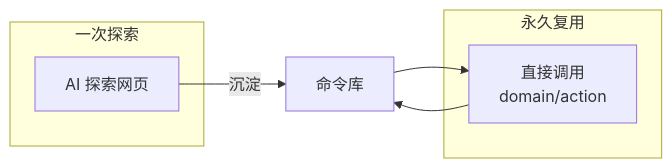
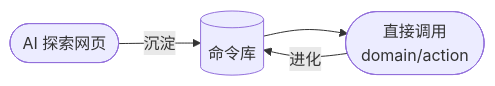
One commit to bqw1013/WebSculpt changed the diagram in README.md. Above: the diagram before and after it, drawn with Mermaid. The commit also changed 1 other file, not shown here.

Commit message:
docs: simplify mermaid flowchart in README

````diff
--- a/README.md
+++ b/README.md
@@ -17,12 +17,6 @@
 ```mermaid
 flowchart LR
-    subgraph Explore["一次探索"]
-        A[AI 探索网页]
-    end
-    subgraph Reuse["永久复用"]
-        B[直接调用<br/>domain/action]
-    end
-    A -->|"沉淀"| C[命令库]
-    C --> B
-    B --> C
+    A([AI 探索网页]) -->|沉淀| B[(命令库)]
+    B --> C([直接调用<br/>domain/action])
+    C -->|进化| B
 ```
````
